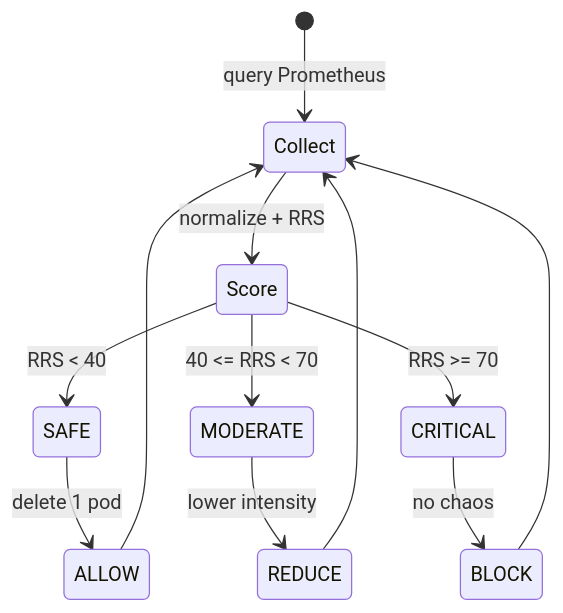
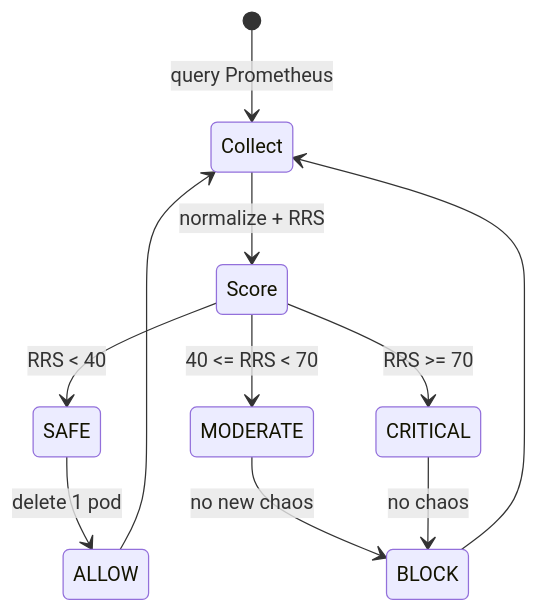
One commit to soul-abhi/entropy_chaos changed the second of 2 diagrams in README.md. Above: the diagram before and after it, drawn with Mermaid. The commit also changed other lines of this file and 9 other files, not shown here.

````diff
--- a/README.md
+++ b/README.md
@@ -75,14 +79,13 @@
 ```mermaid
 stateDiagram-v2
     [*] --> Collect: query Prometheus
     Collect --> Score: normalize + RRS
     Score --> SAFE: RRS < 40
     Score --> MODERATE: 40 <= RRS < 70
     Score --> CRITICAL: RRS >= 70
     SAFE --> ALLOW: delete 1 pod
-    MODERATE --> REDUCE: lower intensity
+    MODERATE --> BLOCK: no new chaos
     CRITICAL --> BLOCK: no chaos
     ALLOW --> Collect
-    REDUCE --> Collect
     BLOCK --> Collect
 ```
````
